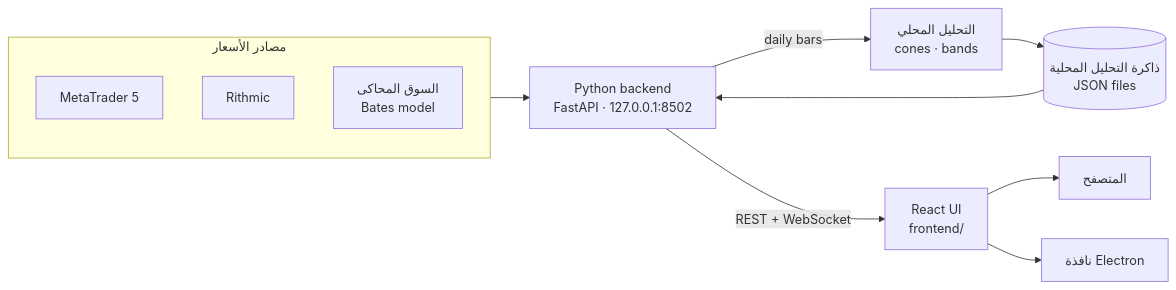
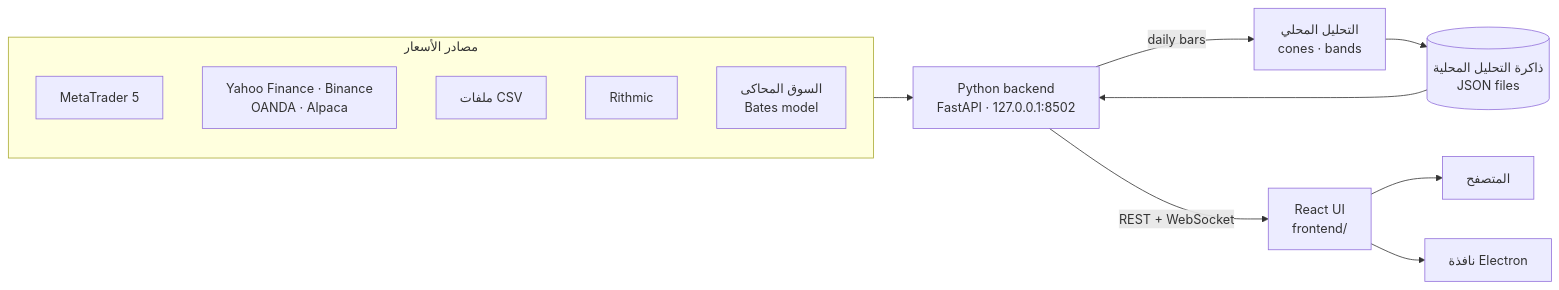
Before and after one commit to wJubran/QuantumTerminal: the diagram in README.ar.md, drawn with Mermaid. The commit also changed other lines of this file and 36 other files, not shown here.

First line of the commit message:
feat: data sources — Yahoo Finance, Binance, OANDA, Alpaca, CSV files, and paper trading on live prices

````diff
--- a/README.ar.md
+++ b/README.ar.md
@@ -318,16 +447,18 @@
 ```mermaid
 flowchart LR
     subgraph feeds["مصادر الأسعار"]
         MT5["MetaTrader 5"]
+        NET["Yahoo Finance · Binance<br/>OANDA · Alpaca"]
+        CSV["ملفات CSV"]
         RITH["Rithmic"]
         SIM["السوق المحاكى<br/>Bates model"]
     end
     CACHE[("ذاكرة التحليل المحلية<br/>JSON files")]
     feeds --> API["Python backend<br/>FastAPI · 127.0.0.1:8502"]
     API -- "daily bars" --> ENGINE["التحليل المحلي<br/>cones · bands"]
     ENGINE --> CACHE
     CACHE --> API
     API -- "REST + WebSocket" --> UI["React UI<br/>frontend/"]
     UI --> BROWSER["المتصفح"]
     UI --> ELECTRON["نافذة Electron"]
 ```
````
